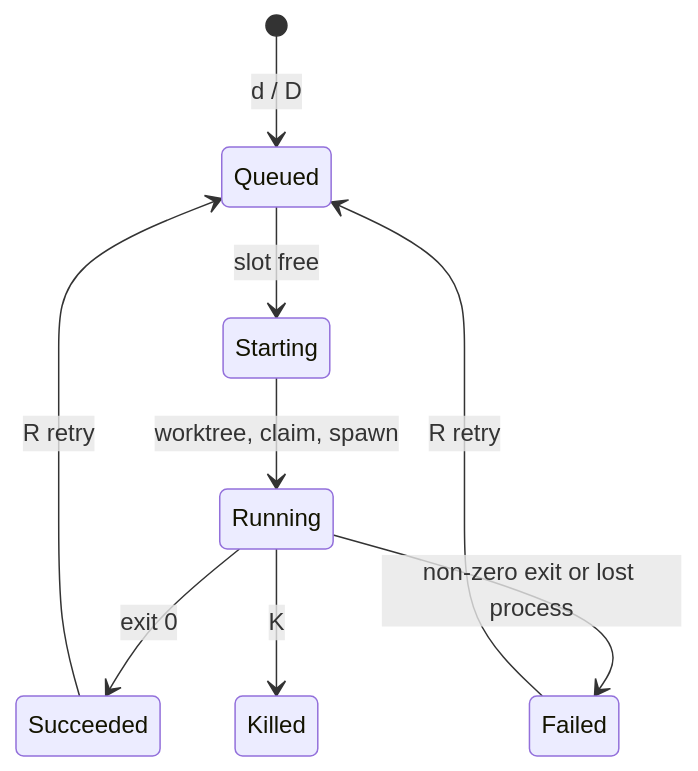
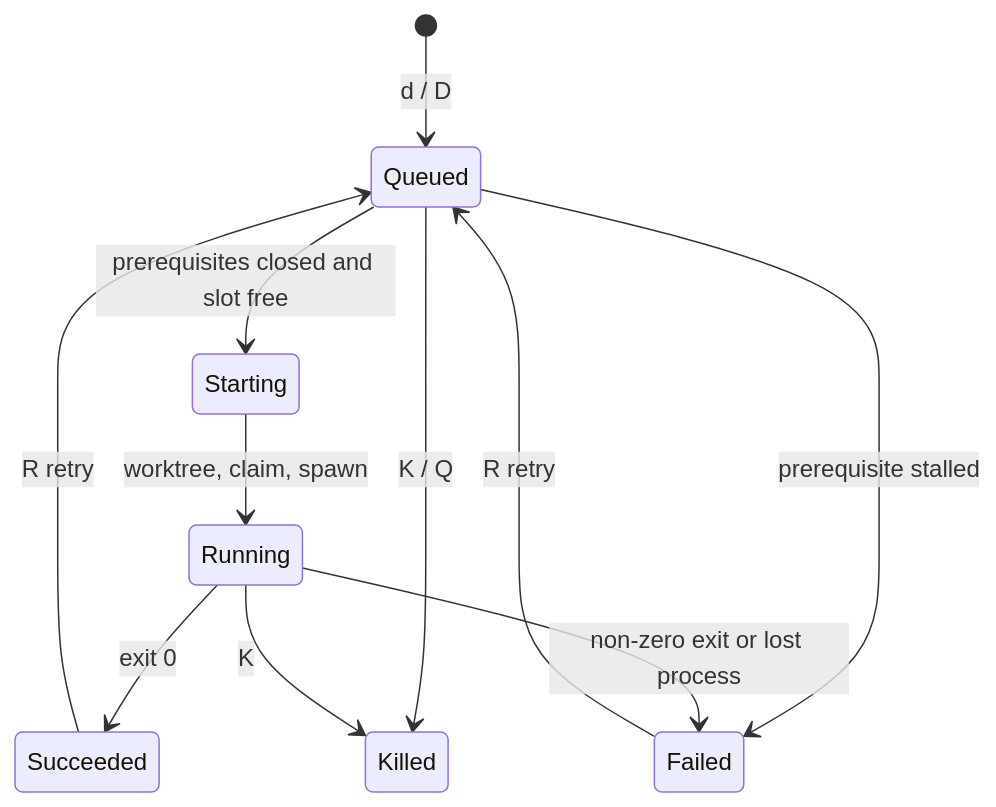
The diagram in README.md (mlg87/abacus), drawn with Mermaid before and after one commit. The commit also changed other lines of this file and 6 other files, not shown here.

````diff
--- a/README.md
+++ b/README.md
@@ -80,11 +88,13 @@
 ```mermaid
 stateDiagram-v2
     [*] --> Queued: d / D
-    Queued --> Starting: slot free
+    Queued --> Starting: prerequisites closed and slot free
+    Queued --> Failed: prerequisite stalled
+    Queued --> Killed: K / Q
     Starting --> Running: worktree, claim, spawn
     Running --> Succeeded: exit 0
     Running --> Failed: non-zero exit or lost process
     Running --> Killed: K
     Succeeded --> Queued: R retry
     Failed --> Queued: R retry
 ```
````
